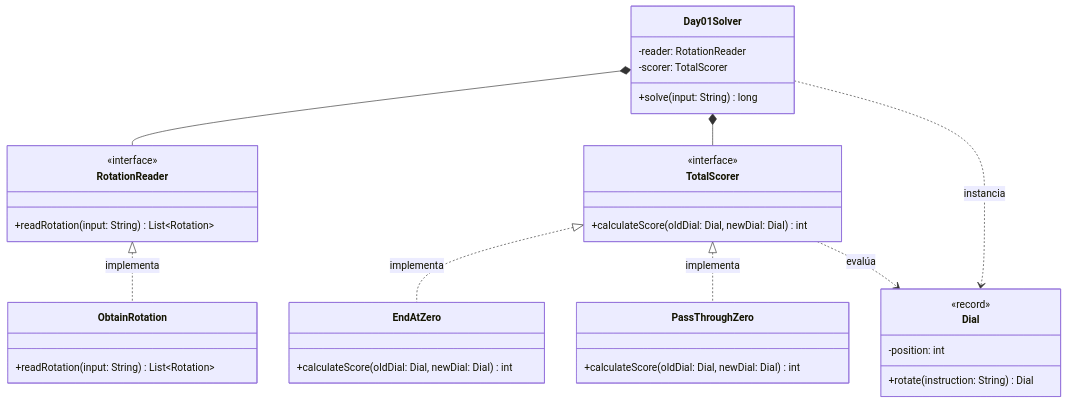
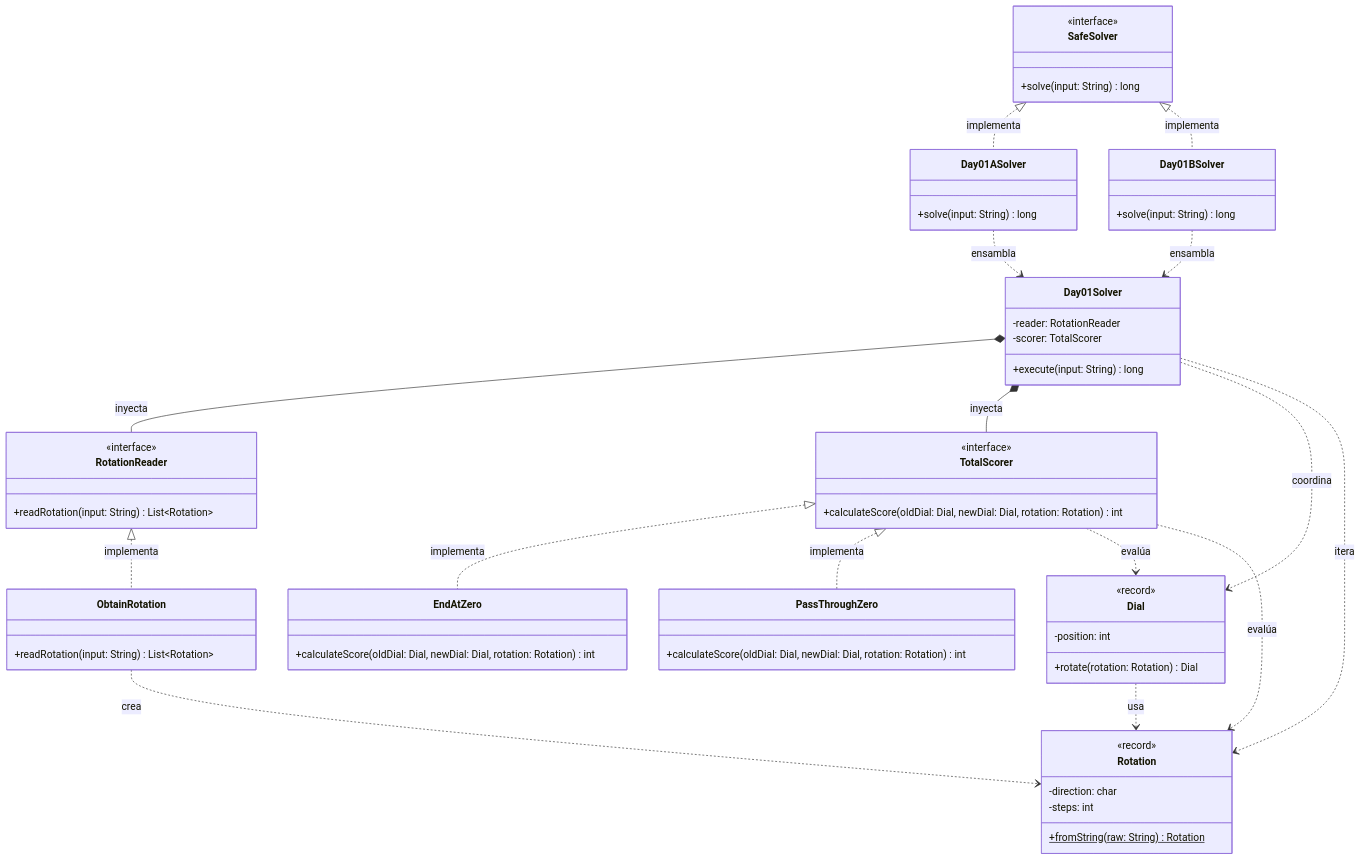
One commit to ivanperezdiaz829/AoC2025 changed the diagram in src/main/java/software/aoc/day01/README.md. Above: the diagram before and after it, drawn with Mermaid. The commit also changed other lines of this file and 15 other files, not shown here.

````diff
--- a/src/main/java/software/aoc/day01/README.md
+++ b/src/main/java/software/aoc/day01/README.md
@@ -33,49 +37,77 @@
 ```mermaid
 classDiagram
+    class SafeSolver {
+        <<interface>>
+        +solve(input: String) long
+    }
+
+    class Day01ASolver {
+        +solve(input: String) long
+    }
+
+    class Day01BSolver {
+        +solve(input: String) long
+    }
+
     class Day01Solver {
         -reader: RotationReader
         -scorer: TotalScorer
-        +solve(input: String) long
+        +execute(input: String) long
+    }
+
+    class Rotation {
+        <<record>>
+        -direction: char
+        -steps: int
+        +fromString(raw: String)$ Rotation
     }
 
     class RotationReader {
         <<interface>>
         +readRotation(input: String) List~Rotation~
     }
 
     class ObtainRotation {
         +readRotation(input: String) List~Rotation~
     }
 
     class TotalScorer {
         <<interface>>
-        +calculateScore(oldDial: Dial, newDial: Dial) int
+        +calculateScore(oldDial: Dial, newDial: Dial, rotation: Rotation) int
     }
 
     class EndAtZero {
-        +calculateScore(oldDial: Dial, newDial: Dial) int
+        +calculateScore(oldDial: Dial, newDial: Dial, rotation: Rotation) int
     }
 
     class PassThroughZero {
-        +calculateScore(oldDial: Dial, newDial: Dial) int
+        +calculateScore(oldDial: Dial, newDial: Dial, rotation: Rotation) int
     }
 
     class Dial {
         <<record>>
         -position: int
-        +rotate(instruction: String) Dial
+        +rotate(rotation: Rotation) Dial
     }
 
-    %% Relaciones de Agregación / Composición
-    Day01Solver *-- RotationReader
-    Day01Solver *-- TotalScorer
-    
     %% Relaciones de Implementación
+    SafeSolver <|.. Day01ASolver : implementa
+    SafeSolver <|.. Day01BSolver : implementa
     RotationReader <|.. ObtainRotation : implementa
     TotalScorer <|.. EndAtZero : implementa
     TotalScorer <|.. PassThroughZero : implementa
     
-    %% Relación de Uso
-    Day01Solver ..> Dial : instancia
+    %% Relaciones de Orquestación e Inyección
+    Day01ASolver ..> Day01Solver : ensambla
+    Day01BSolver ..> Day01Solver : ensambla
+    Day01Solver *-- RotationReader : inyecta
+    Day01Solver *-- TotalScorer : inyecta
+    
+    %% Dependencias de Dominio (Value Objects e Inmutabilidad)
+    ObtainRotation ..> Rotation : crea
+    Day01Solver ..> Dial : coordina
+    Day01Solver ..> Rotation : itera
     TotalScorer ..> Dial : evalúa
+    TotalScorer ..> Rotation : evalúa
+    Dial ..> Rotation : usa
 ```
````
